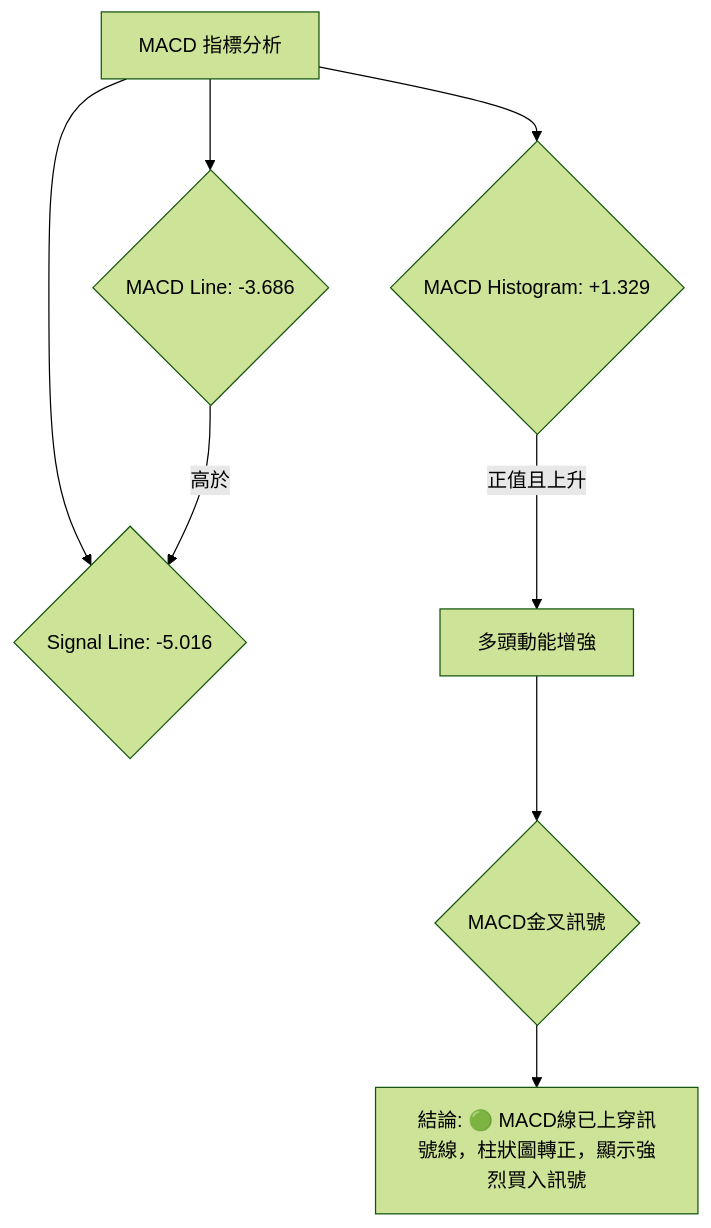
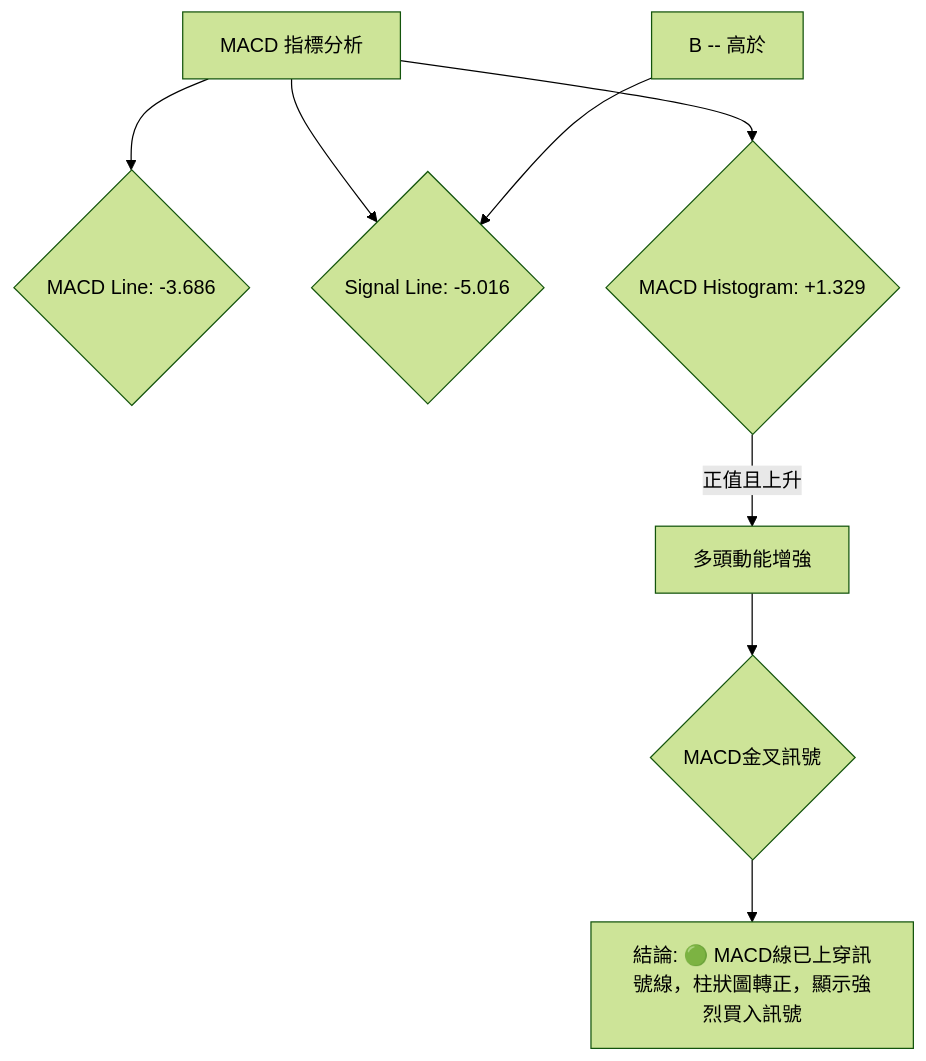
Before and after one commit to yennanliu/finance_data: the eighth of 13 diagrams in ai_gen_report/stock/pltr/technical_analysis_2026-07-07_gemini.md, drawn with Mermaid (forest theme). The commit also changed other lines of this file and 2258 other files, not shown here.

First line of the commit message:
chore: backfill Mermaid syntax repair across existing reports

````diff
--- a/ai_gen_report/stock/pltr/technical_analysis_2026-07-07_gemini.md
+++ b/ai_gen_report/stock/pltr/technical_analysis_2026-07-07_gemini.md
@@ -437,12 +437,12 @@
 ```mermaid
 graph TD
-    A[MACD 指標分析] --> B{MACD Line: -3.686}
-    A --> C{Signal Line: -5.016}
-    A --> D{MACD Histogram: +1.329}
+    A["MACD 指標分析"] --> B{"MACD Line: -3.686"}
+    A --> C{"Signal Line: -5.016"}
+    A --> D{"MACD Histogram: +1.329"}
 
-    B -- "高於" --> C
-    D -- "正值且上升" --> E[多頭動能增強]
+    nb1["B -- "高於""] --> C
+    D -- "正值且上升" --> E["多頭動能增強"]
 
-    E --> F{MACD金叉訊號}
-    F --> G[結論: 🟢 MACD線已上穿訊號線，柱狀圖轉正，顯示強烈買入訊號]
+    E --> F{"MACD金叉訊號"}
+    F --> G["結論: 🟢 MACD線已上穿訊號線，柱狀圖轉正，顯示強烈買入訊號"]
 ```
````
